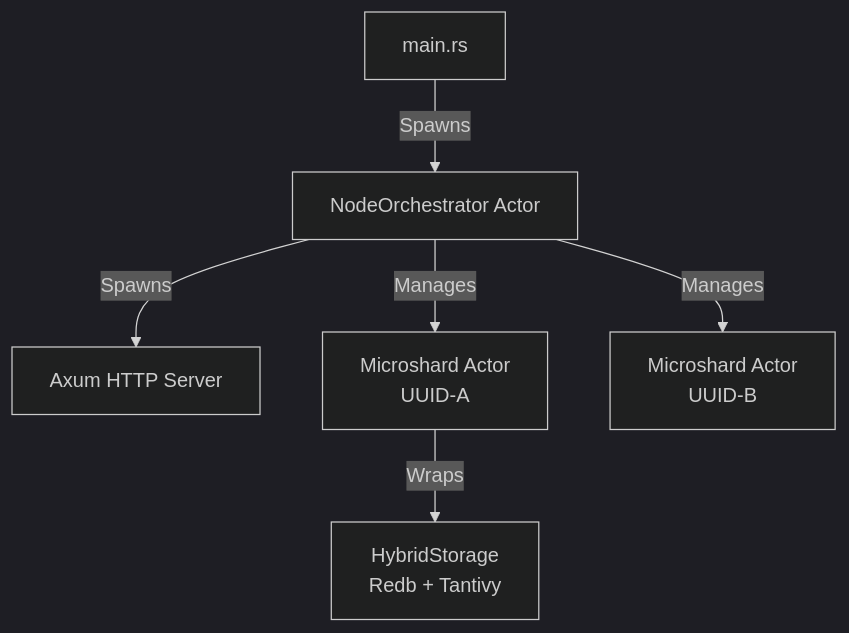
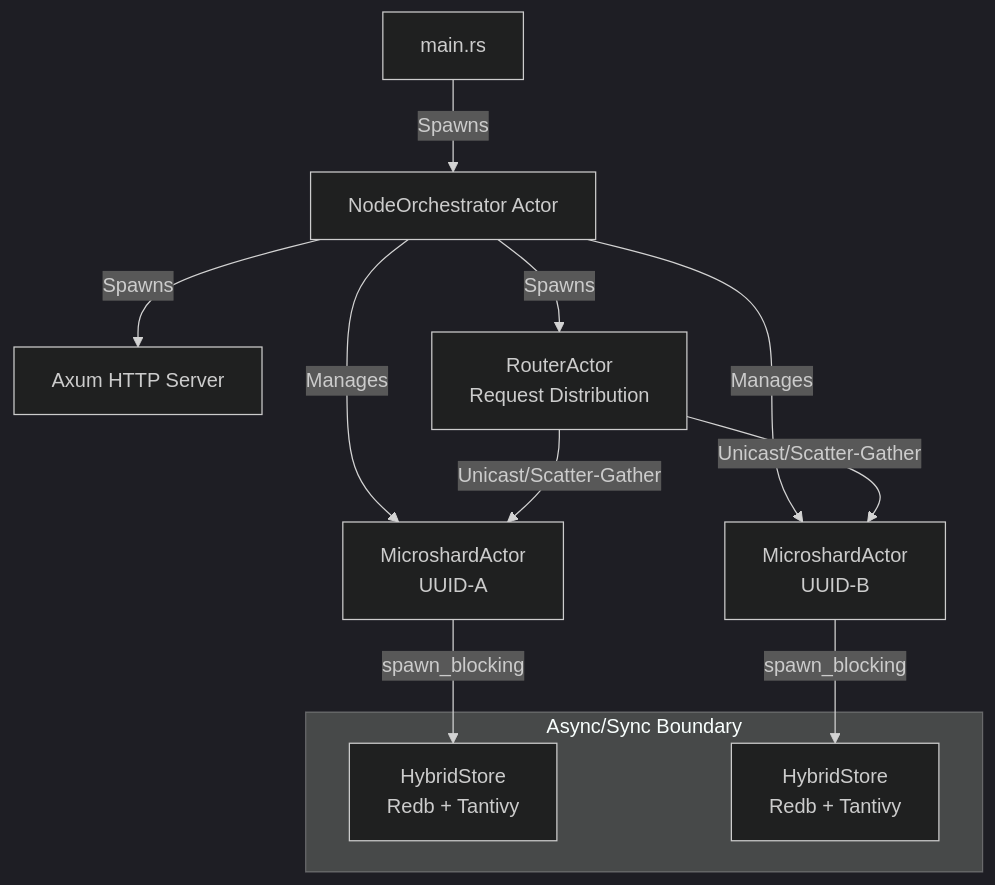
The diagram in ARCHITECTURE.md (cameodb/cameodb), drawn with Mermaid (dark theme) before and after one commit. The commit also changed other lines of this file and 4 other files, not shown here.

First line of the commit message:
docs: Update architecture documentation to v1.2.0 with async/sync patterns

````diff
--- a/ARCHITECTURE.md
+++ b/ARCHITECTURE.md
@@ -49,9 +52,18 @@
 ```mermaid
 graph TD
     Entry[main.rs] -->|Spawns| Orchestrator[NodeOrchestrator Actor]
     Orchestrator -->|Spawns| API[Axum HTTP Server]
-    Orchestrator -->|Manages| Shard1[Microshard Actor <br/> UUID-A]
-    Orchestrator -->|Manages| Shard2[Microshard Actor <br/> UUID-B]
+    Orchestrator -->|Spawns| Router[RouterActor <br/> Request Distribution]
+    Orchestrator -->|Manages| Shard1[MicroshardActor <br/> UUID-A]
+    Orchestrator -->|Manages| Shard2[MicroshardActor <br/> UUID-B]
     
-    Shard1 -->|Wraps| HybridStore[HybridStorage <br/> Redb + Tantivy]
+    Router -->|Unicast/Scatter-Gather| Shard1
+    Router -->|Unicast/Scatter-Gather| Shard2
+    Shard1 -->|spawn_blocking| HybridStore1[HybridStore <br/> Redb + Tantivy]
+    Shard2 -->|spawn_blocking| HybridStore2[HybridStore <br/> Redb + Tantivy]
+    
+    subgraph "Async/Sync Boundary"
+        HybridStore1
+        HybridStore2
+    end
 ```
````
